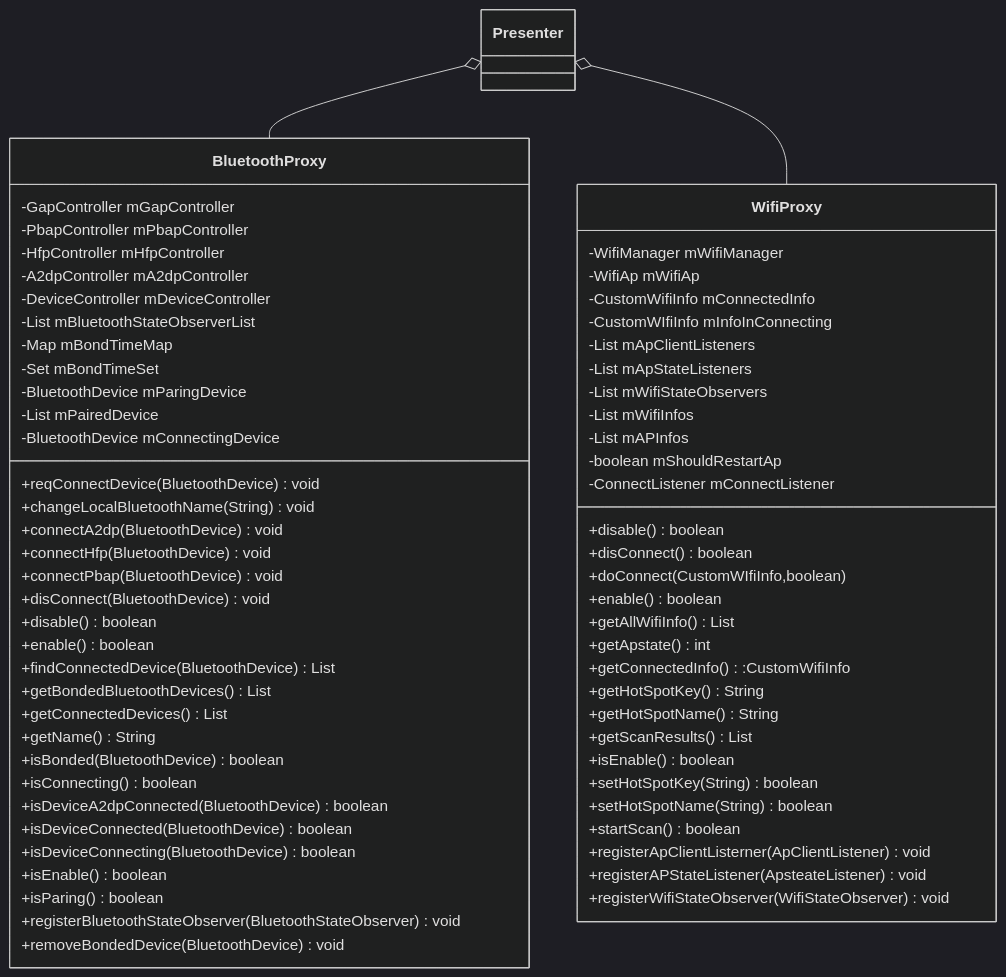
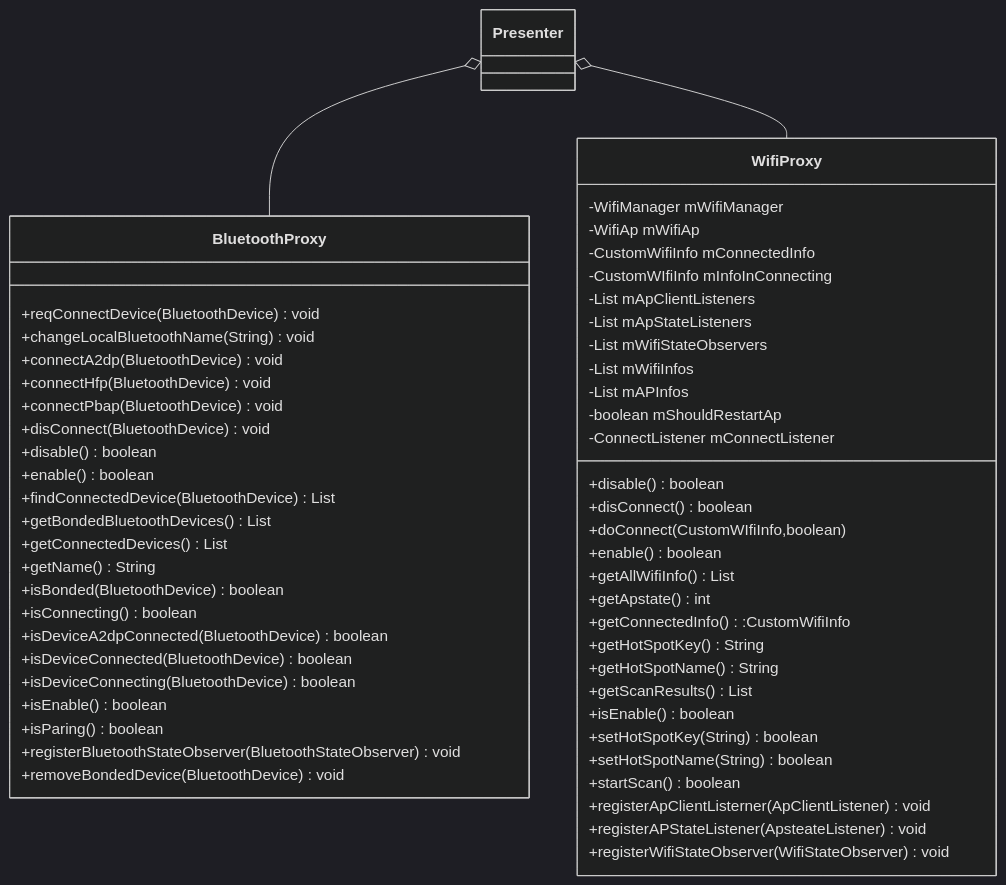
Before and after one commit to AbyssWXK/ObsidianNote: the tenth of 17 diagrams in First/BTSystemSettingUML/1.total/系统结构.md, drawn with Mermaid (dark theme). The commit also changed other lines of this file and 4 other files, not shown here.

````diff
--- a/First/BTSystemSettingUML/1.total/系统结构.md
+++ b/First/BTSystemSettingUML/1.total/系统结构.md
@@ -221,69 +221,58 @@
 ```mermaid
 classDiagram
 class WifiProxy{
 -WifiManager mWifiManager
 -WifiAp mWifiAp
 -CustomWifiInfo mConnectedInfo
 -CustomWIfiInfo mInfoInConnecting
 -List<ApClientListener> mApClientListeners
 -List<ApStateListener> mApStateListeners
 -List<WifiStateObserver> mWifiStateObservers
 -List<CustomWifiInfo> mWifiInfos
 -List<ApInfo> mAPInfos
 -boolean mShouldRestartAp
 -ConnectListener mConnectListener
  +disable()boolean
  +disConnect()boolean
  +doConnect(CustomWIfiInfo,boolean)
  +enable()boolean
  +getAllWifiInfo()List<CustomWifiInfo>
  +getApstate()int
  +getConnectedInfo():CustomWifiInfo
  +getHotSpotKey()String
  +getHotSpotName()String
  +getScanResults()List<CustomWifiInfo>
  +isEnable()boolean
  +setHotSpotKey(String)boolean
  +setHotSpotName(String)boolean
  +startScan()boolean
  +registerApClientListerner(ApClientListener)void
  +registerAPStateListener(ApsteateListener)void
  +registerWifiStateObserver(WifiStateObserver)void
 }
 class BluetoothProxy{
--GapController mGapController
--PbapController mPbapController
--HfpController mHfpController
--A2dpController mA2dpController
--DeviceController mDeviceController
--List<BluetoothStateObserver> mBluetoothStateObserverList
--Map<String, Long> mBondTimeMap
--Set<String> mBondTimeSet
--BluetoothDevice mParingDevice
--List<BluetoothDevice> mPairedDevice
--BluetoothDevice mConnectingDevice
  +reqConnectDevice(BluetoothDevice)void
  +changeLocalBluetoothName(String)void
  +connectA2dp(BluetoothDevice)void
  +connectHfp(BluetoothDevice)void
  +connectPbap(BluetoothDevice)void
  +disConnect(BluetoothDevice)void
  +disable()boolean
  +enable()boolean
  +findConnectedDevice(BluetoothDevice)List<BluetoothDevice>
  +getBondedBluetoothDevices()List<BluetoothDevice>
  +getConnectedDevices()List<BluetoothDevice>
  +getName()String
 +isBonded(BluetoothDevice)boolean
 +isConnecting()boolean
 +isDeviceA2dpConnected(BluetoothDevice)boolean
 +isDeviceConnected(BluetoothDevice)boolean
 +isDeviceConnecting(BluetoothDevice)boolean
 +isEnable()boolean
 +isParing()boolean
 +registerBluetoothStateObserver(BluetoothStateObserver)void
 +removeBondedDevice(BluetoothDevice)void
 }
 Presenter o-- BluetoothProxy
 Presenter o-- WifiProxy
 ```
````
